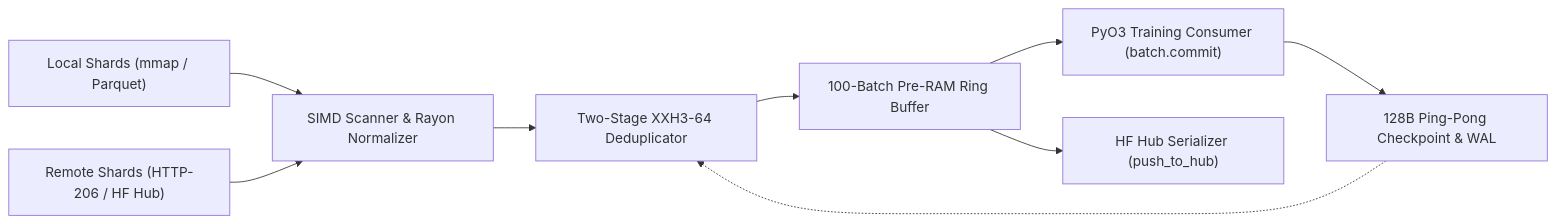
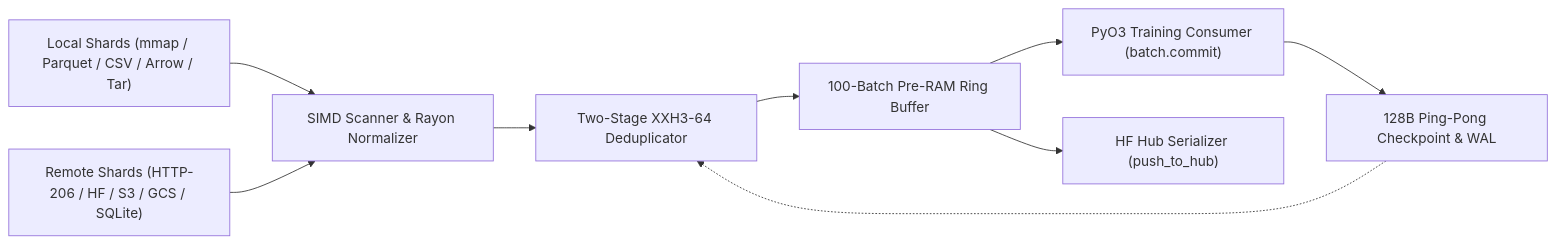
Before and after one commit to cloverx-id/luminamoon: the diagram in dataloader/README.md, drawn with Mermaid. The commit also changed other lines of this file and 49 other files, not shown here.

````diff
--- a/dataloader/README.md
+++ b/dataloader/README.md
@@ -23,11 +23,11 @@
 ```mermaid
 flowchart LR
-    Local["Local Shards (mmap / Parquet)"] --> SIMD["SIMD Scanner & Rayon Normalizer"]
-    Remote["Remote Shards (HTTP-206 / HF Hub)"] --> SIMD
+    Local["Local Shards (mmap / Parquet / CSV / Arrow / Tar)"] --> SIMD["SIMD Scanner & Rayon Normalizer"]
+    Remote["Remote Shards (HTTP-206 / HF / S3 / GCS / SQLite)"] --> SIMD
     SIMD --> Dedup["Two-Stage XXH3-64 Deduplicator"]
     Dedup --> PreRam["100-Batch Pre-RAM Ring Buffer"]
     PreRam --> Consumer["PyO3 Training Consumer (batch.commit)"]
     PreRam --> Hub["HF Hub Serializer (push_to_hub)"]
     Consumer --> Checkpoint["128B Ping-Pong Checkpoint & WAL"]
     Checkpoint -.-> Dedup
 ```
````
